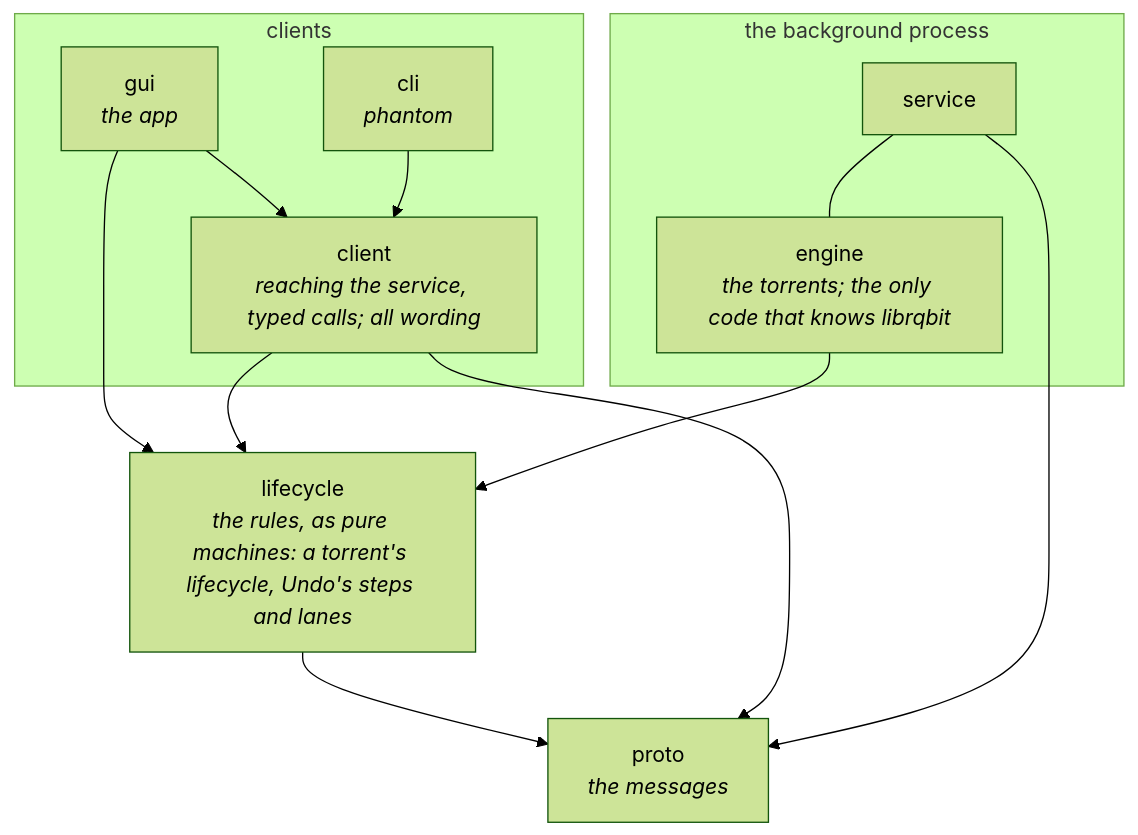
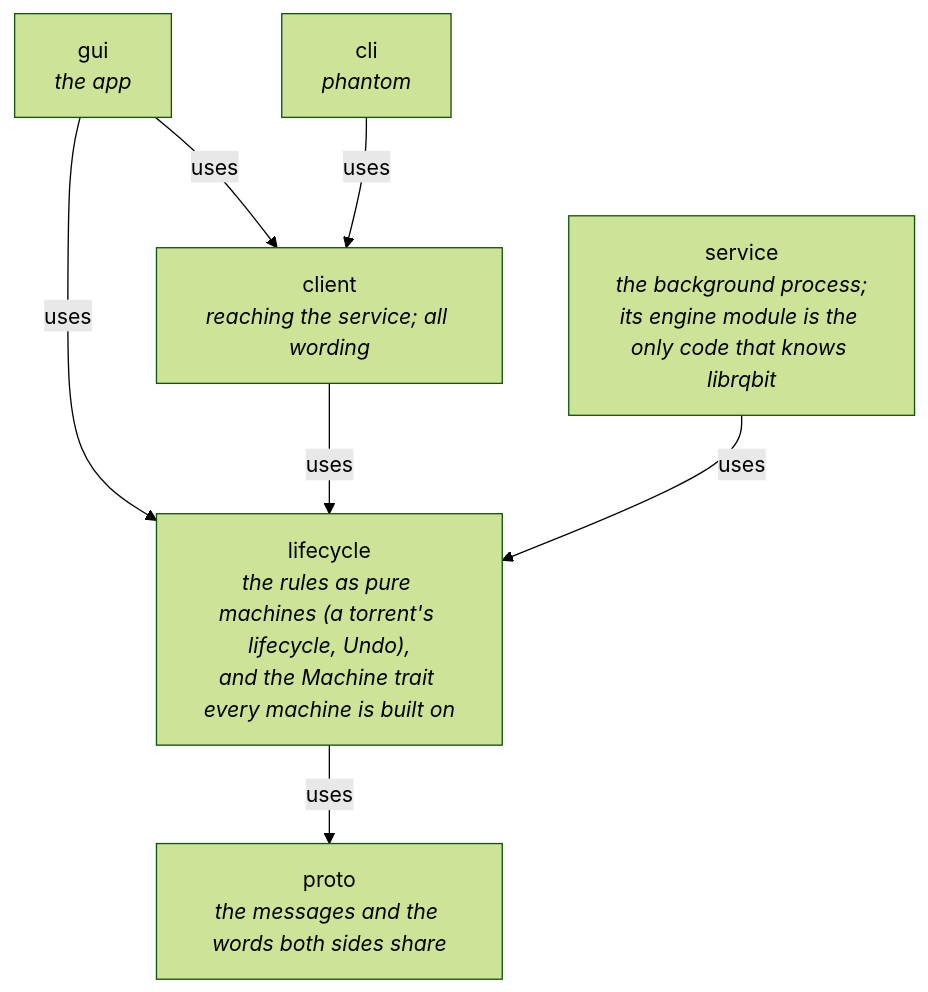
One commit to HugeLetters/phantom changed the diagram in ARCHITECTURE.md. Above: the diagram before and after it, drawn with Mermaid (forest theme). The commit also changed other lines of this file, not shown here.

Commit message:
ARCHITECTURE: arrows mean uses; service as one box; why each crate uses lifecycle

````diff
--- a/ARCHITECTURE.md
+++ b/ARCHITECTURE.md
@@ -7,24 +7,16 @@
 ```mermaid
 flowchart TD
-  subgraph clients
-    gui["gui<br/><i>the app</i>"]
-    cli["cli<br/><i>phantom</i>"]
-    client["client<br/><i>reaching the service, typed calls; all wording</i>"]
-  end
-  subgraph process["the background process"]
-    service["service"]
-    engine["engine<br/><i>the torrents; the only code that knows librqbit</i>"]
-  end
-  lifecycle["lifecycle<br/><i>the rules, as pure machines: a torrent's lifecycle, Undo's steps and lanes</i>"]
-  proto["proto<br/><i>the messages</i>"]
+  gui["gui<br/><i>the app</i>"]
+  cli["cli<br/><i>phantom</i>"]
+  client["client<br/><i>reaching the service; all wording</i>"]
+  service["service<br/><i>the background process;<br/>its engine module is the only code that knows librqbit</i>"]
+  lifecycle["lifecycle<br/><i>the rules as pure machines (a torrent's lifecycle, Undo),<br/>and the Machine trait every machine is built on</i>"]
+  proto["proto<br/><i>the messages and the words both sides share</i>"]
 
-  gui --> client
-  cli --> client
-  gui --> lifecycle
-  client --> lifecycle
-  service --- engine
-  engine --> lifecycle
-  lifecycle --> proto
-  client --> proto
-  service --> proto
+  gui -->|uses| client
+  cli -->|uses| client
+  gui -->|uses| lifecycle
+  client -->|uses| lifecycle
+  service -->|uses| lifecycle
+  lifecycle -->|uses| proto
 ```
````
